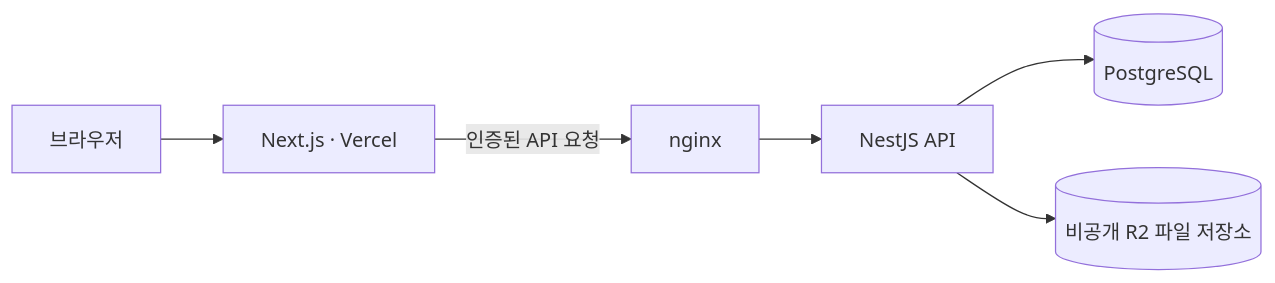
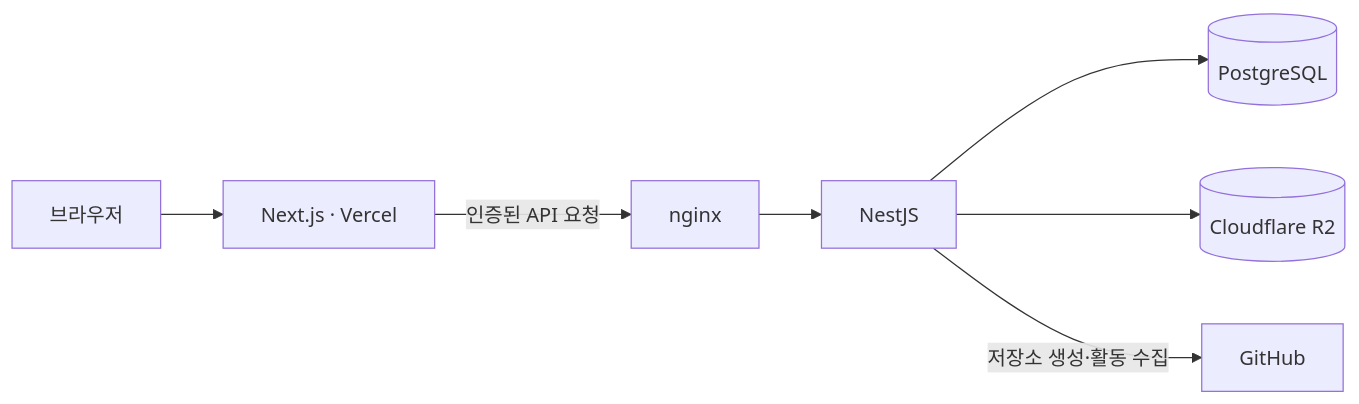
Before and after one commit to JNU-SWCU/oss-hub: the second of 2 diagrams in README.md, drawn with Mermaid. The commit also changed other lines of this file and 8 other files, not shown here.

````diff
--- a/README.md
+++ b/README.md
@@ -189,8 +215,9 @@
 ```mermaid
 flowchart LR
   Browser[브라우저] --> Frontend[Next.js · Vercel]
-  Frontend -->|인증된 API 요청| Ingress[nginx]
-  Ingress --> Backend[NestJS API]
+  Frontend -->|인증된 API 요청| Nginx[nginx]
+  Nginx --> Backend[NestJS]
   Backend --> Database[(PostgreSQL)]
-  Backend --> Files[(비공개 R2 파일 저장소)]
+  Backend --> Storage[(Cloudflare R2)]
+  Backend -->|저장소 생성·활동 수집| GitHub[GitHub]
 ```
````
